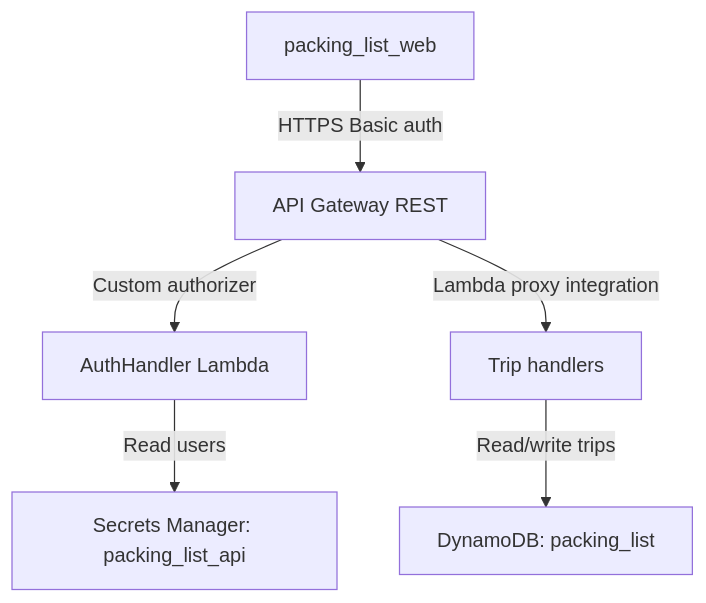
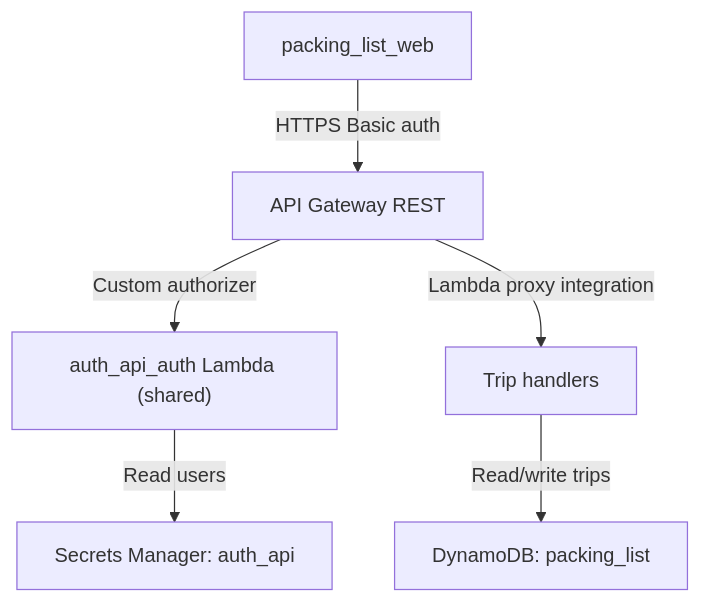
The first of 2 diagrams in packing_list_api/README.md (jordansimsmith/jordansimsmith-com), drawn with Mermaid before and after one commit. The commit also changed other lines of this file and 52 other files, not shown here.

Commit message:
Centralise lambda authorizers into shared auth_api service

````diff
--- a/packing_list_api/README.md
+++ b/packing_list_api/README.md
@@ -44,8 +44,8 @@
 ```mermaid
 flowchart TD
   webClient["packing_list_web"] -->|"HTTPS Basic auth"| apiGateway["API Gateway REST"]
-  apiGateway -->|"Custom authorizer"| authLambda["AuthHandler Lambda"]
-  authLambda -->|"Read users"| secretsManager["Secrets Manager: packing_list_api"]
+  apiGateway -->|"Custom authorizer"| authLambda["auth_api_auth Lambda (shared)"]
+  authLambda -->|"Read users"| secretsManager["Secrets Manager: auth_api"]
   apiGateway -->|"Lambda proxy integration"| tripHandlers["Trip handlers"]
   tripHandlers -->|"Read/write trips"| dynamoTable["DynamoDB: packing_list"]
 ```
````
